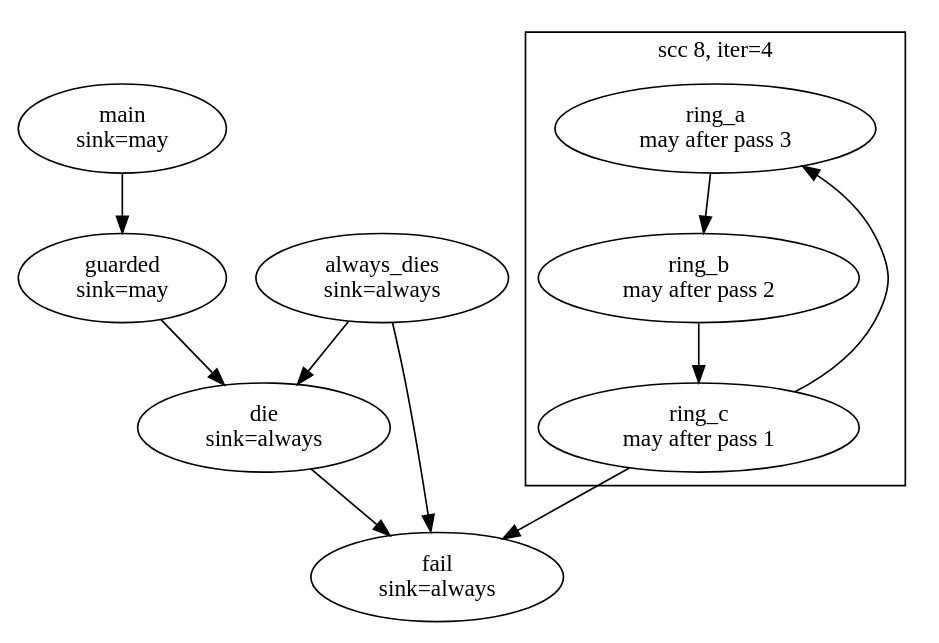
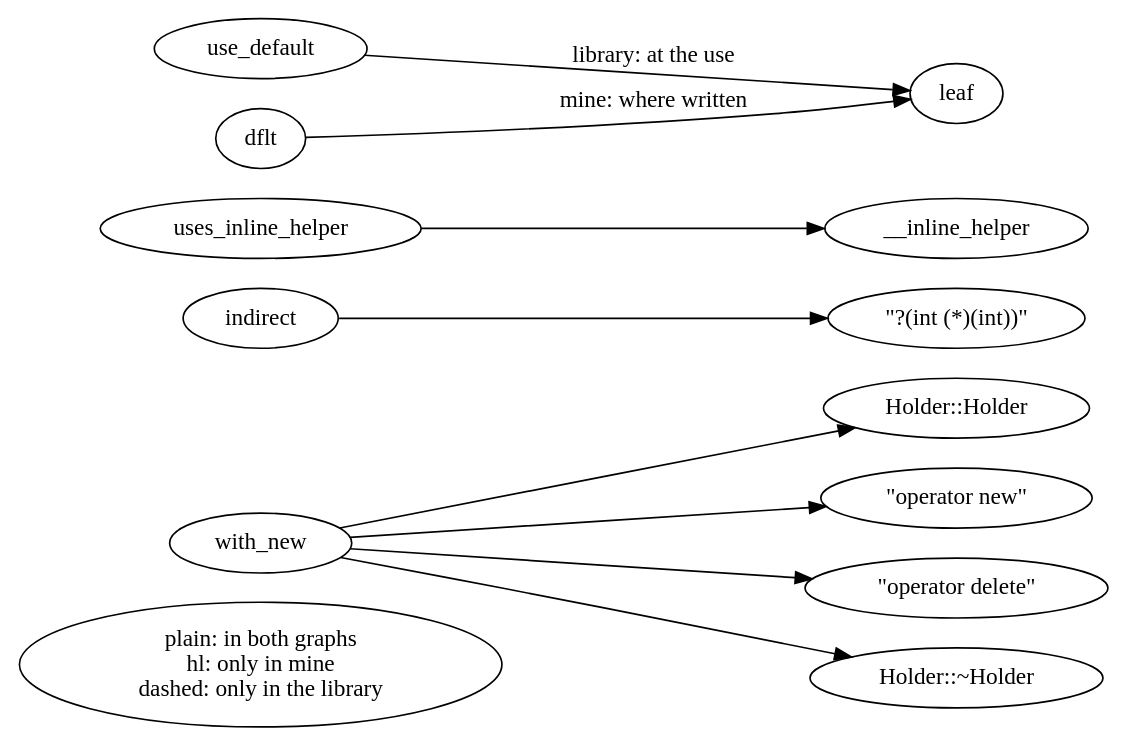
One commit to husams/clang-cfg-lab changed diagram 11 of 12 in docs/part_8_call_graphs.md. Above: the diagram before and after it, drawn with Graphviz. The commit also changed other lines of this file and 10 other files, not shown here.

First line of the commit message:
Call graph track: Parts 8-11 with interactive graph views

````diff
--- a/docs/part_8_call_graphs.md
+++ b/docs/part_8_call_graphs.md
@@ -1422,29 +1563,30 @@
 ```dot
-digraph cg_summary {
-  rankdir=TB;
+digraph cg_mine {
+  rankdir=LR;
 
-  main [label="main\nsink=may", class="hl"];
-  guarded [label="guarded\nsink=may", class="hl"];
-  always_dies [label="always_dies\nsink=always", class="hl"];
-  die [label="die\nsink=always", class="hl"];
-  fail [label="fail\nsink=always", class="sink"];
+  note [label="plain: in both graphs\nhl: only in mine\ndashed: only in the library", class="note"];
 
-  subgraph cluster_ring {
-    label="scc 8, iter=4";
-    class="scc";
-    ring_a [label="ring_a\nmay after pass 3", class="recursive"];
-    ring_b [label="ring_b\nmay after pass 2", class="recursive"];
-    ring_c [label="ring_c\nmay after pass 1", class="recursive"];
-  }
+  with_new;
+  indirect;
+  uses_inline_helper;
+  use_default;
+  dflt;
 
-  main -> guarded;
-  guarded -> die;
-  always_dies -> die;
-  always_dies -> fail;
-  die -> fail;
-  ring_a -> ring_b;
-  ring_b -> ring_c;
-  ring_c -> ring_a [class="back"];
-  ring_c -> fail [class="hl"];
+  holder [label="Holder::Holder"];
+  opnew [label="\"operator new\""];
+  opdel [label="\"operator delete\"", class="hl"];
+  dtor [label="Holder::~Holder", class="hl"];
+  ptr [label="\"?(int (*)(int))\"", class="dim"];
+  inl [label="__inline_helper", class="hl"];
+  leaf;
+
+  with_new -> holder;
+  with_new -> opnew;
+  with_new -> opdel [class="hl"];
+  with_new -> dtor [class="hl"];
+  indirect -> ptr [class="indirect hl"];
+  uses_inline_helper -> inl [class="hl"];
+  use_default -> leaf [label="library: at the use", class="weak"];
+  dflt -> leaf [label="mine: where written", class="hl"];
 }
 ```
````
